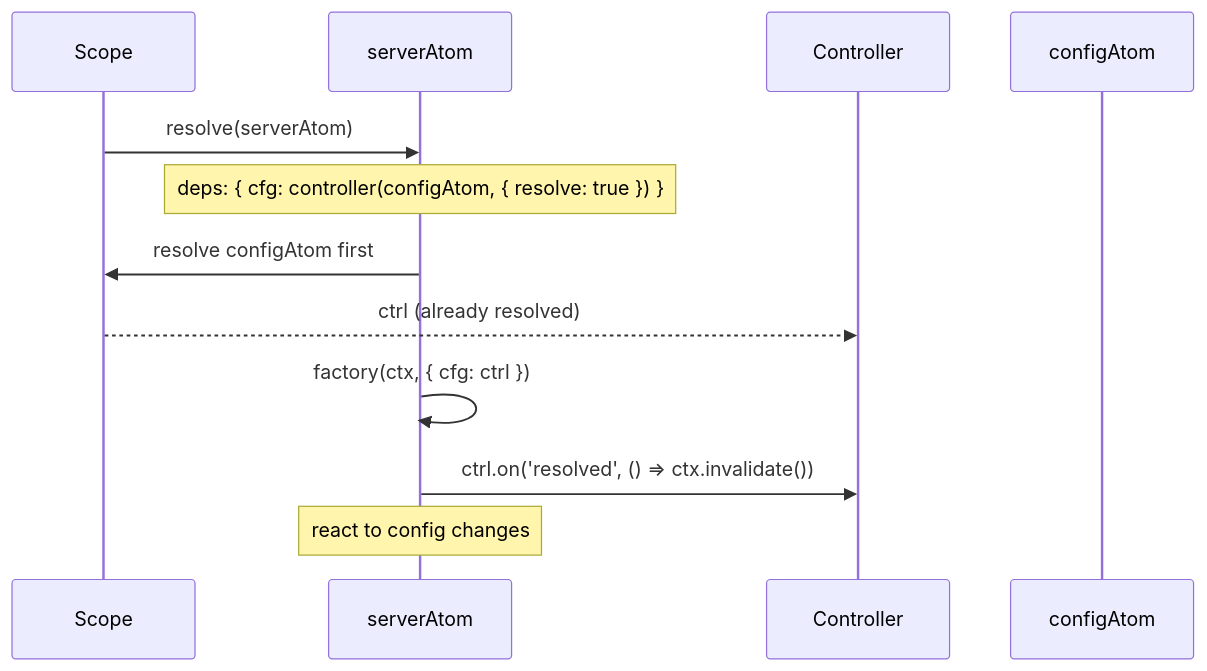
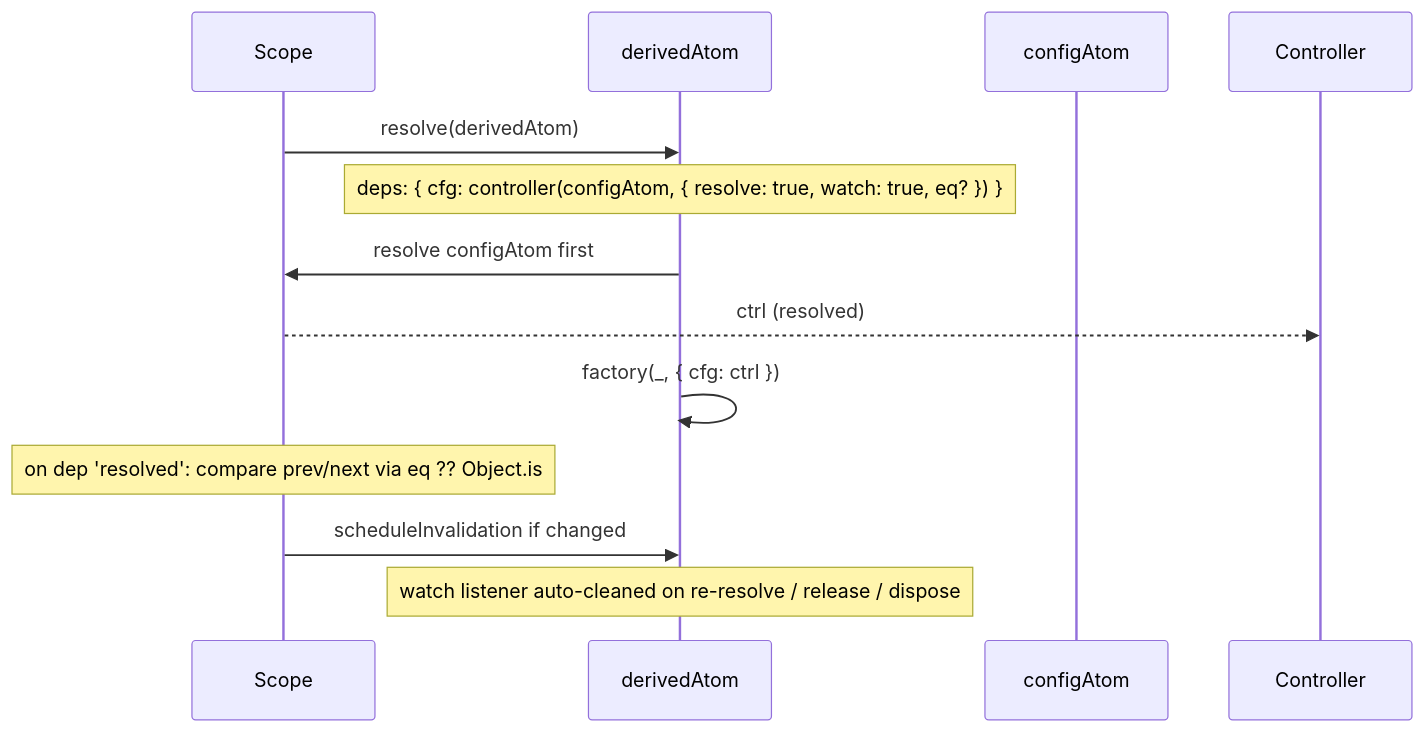
The ninth of 11 diagrams in packages/lite/PATTERNS.md (pumped-fn/pumped-fn), drawn with Mermaid before and after one commit. The commit also changed other lines of this file and 9 other files, not shown here.

First line of the commit message:
feat(lite): add controller watch:true for automatic reactive invalidation

````diff
--- a/packages/lite/PATTERNS.md
+++ b/packages/lite/PATTERNS.md
@@ -223,15 +223,16 @@
 ```mermaid
 sequenceDiagram
     participant Scope
-    participant AtomA as serverAtom
+    participant Parent as derivedAtom
+    participant Dep as configAtom
     participant Ctrl as Controller
-    participant AtomB as configAtom
 
-    Scope->>AtomA: resolve(serverAtom)
-    Note over AtomA: deps: { cfg: controller(configAtom, { resolve: true }) }
-    AtomA->>Scope: resolve configAtom first
-    Scope-->>Ctrl: ctrl (already resolved)
-    AtomA->>AtomA: factory(ctx, { cfg: ctrl })
-    AtomA->>Ctrl: ctrl.on('resolved', () => ctx.invalidate())
-    Note over AtomA: react to config changes
+    Scope->>Parent: resolve(derivedAtom)
+    Note over Parent: deps: { cfg: controller(configAtom, { resolve: true, watch: true, eq? }) }
+    Parent->>Scope: resolve configAtom first
+    Scope-->>Ctrl: ctrl (resolved)
+    Parent->>Parent: factory(_, { cfg: ctrl })
+    Note over Scope: on dep 'resolved': compare prev/next via eq ?? Object.is
+    Scope->>Parent: scheduleInvalidation if changed
+    Note over Parent: watch listener auto-cleaned on re-resolve / release / dispose
 ```
````
